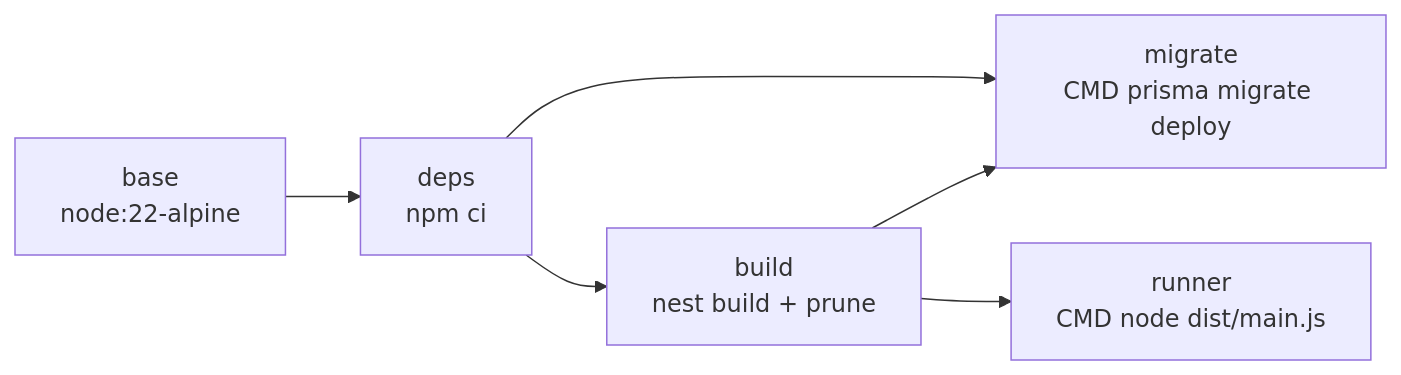
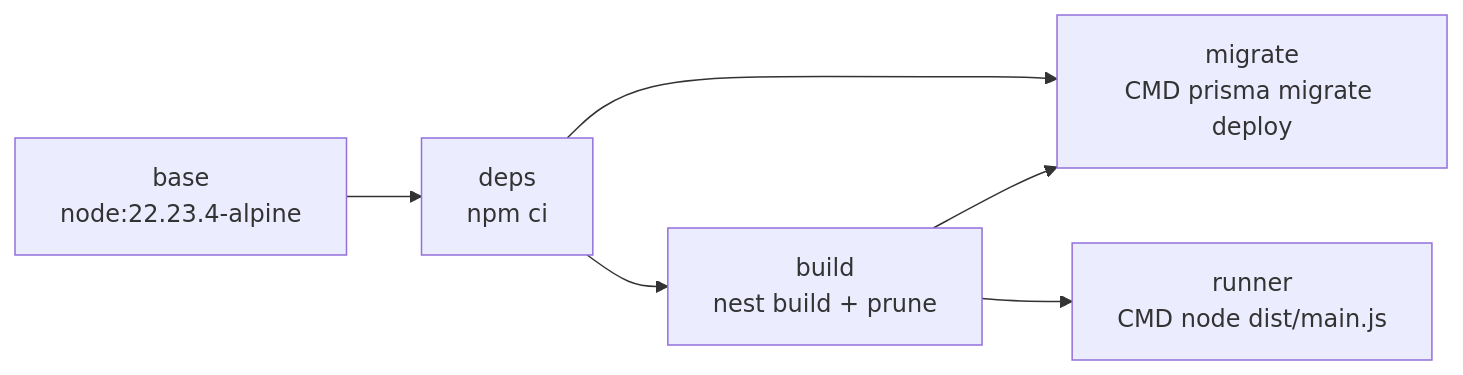
Before and after one commit to julianmeoficial/Quantia_API: the second of 4 diagrams in docs/architecture/docker.md, drawn with Mermaid. The commit also changed other lines of this file and 6 other files, not shown here.

First line of the commit message:
fix(docker): pin Node.js version to 22.23.4-alpine for security compliance

````diff
--- a/docs/architecture/docker.md
+++ b/docs/architecture/docker.md
@@ -120,14 +104,14 @@
 ```mermaid
 flowchart LR
-  base["base<br/>node:22-alpine"]
+  base["base<br/>node:22.23.4-alpine"]
   deps["deps<br/>npm ci"]
   build["build<br/>nest build + prune"]
   migrate["migrate<br/>CMD prisma migrate deploy"]
   runner["runner<br/>CMD node dist/main.js"]
 
   base --> deps
   deps --> build
   deps --> migrate
   build --> migrate
   build --> runner
 ```
````
